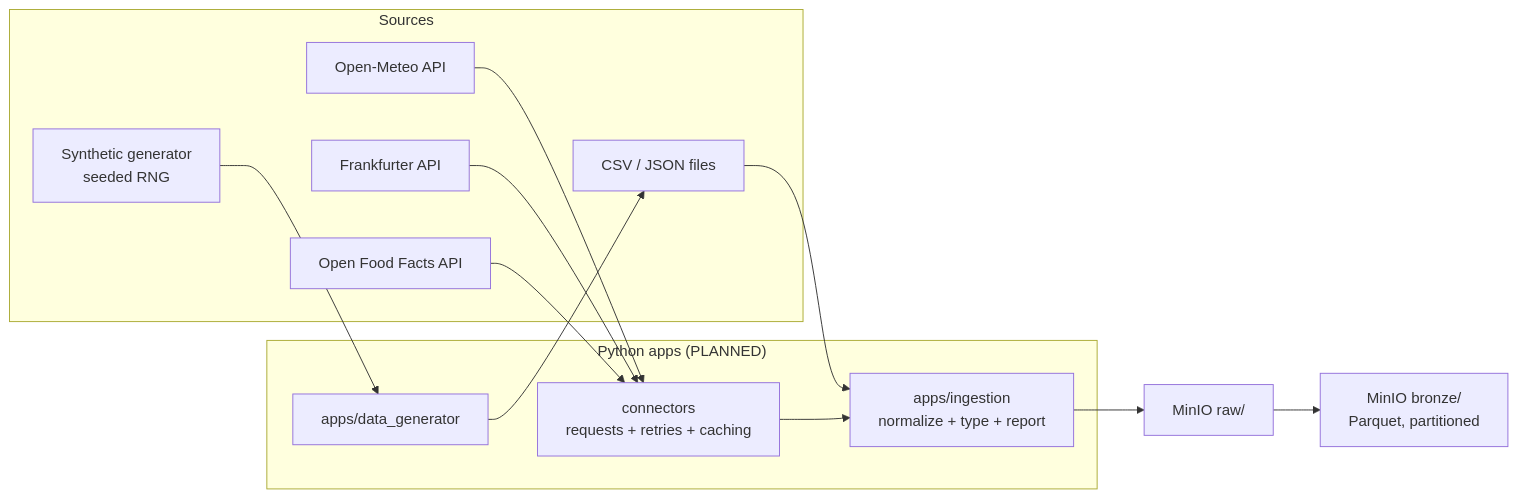
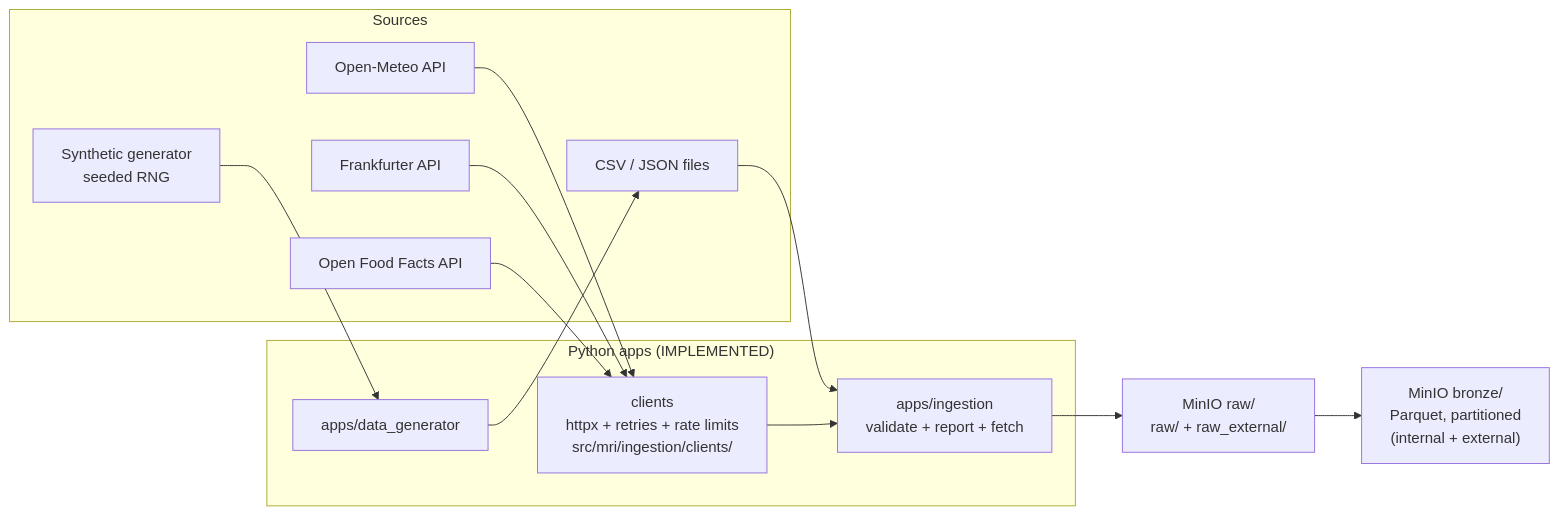
One commit to youssefelbajoury/morocco-retail-intelligence-data-platform changed the diagram in docs/architecture/ingestion.md. Above: the diagram before and after it, drawn with Mermaid. The commit also changed other lines of this file and 286 other files, not shown here.

````diff
--- a/docs/architecture/ingestion.md
+++ b/docs/architecture/ingestion.md
@@ -22,27 +45,27 @@
 ```mermaid
 flowchart LR
     subgraph Sources["Sources"]
         A1["Open-Meteo API"]
         A2["Frankfurter API"]
         A3["Open Food Facts API"]
         S1["Synthetic generator<br/>seeded RNG"]
         F1["CSV / JSON files"]
     end
 
-    subgraph Apps["Python apps (PLANNED)"]
-        CONN["connectors<br/>requests + retries + caching"]
+    subgraph Apps["Python apps (IMPLEMENTED)"]
+        CONN["clients<br/>httpx + retries + rate limits<br/>src/mri/ingestion/clients/"]
         GEN["apps/data_generator"]
-        ING["apps/ingestion<br/>normalize + type + report"]
+        ING["apps/ingestion<br/>validate + report + fetch"]
     end
 
     A1 --> CONN
     A2 --> CONN
     A3 --> CONN
     S1 --> GEN
     GEN --> F1
     F1 --> ING
     CONN --> ING
 
-    ING --> RAW["MinIO raw/"]
-    RAW --> BRZ["MinIO bronze/<br/>Parquet, partitioned"]
+    ING --> RAW["MinIO raw/<br/>raw/ + raw_external/"]
+    RAW --> BRZ["MinIO bronze/<br/>Parquet, partitioned<br/>(internal + external)"]
 ```
````
